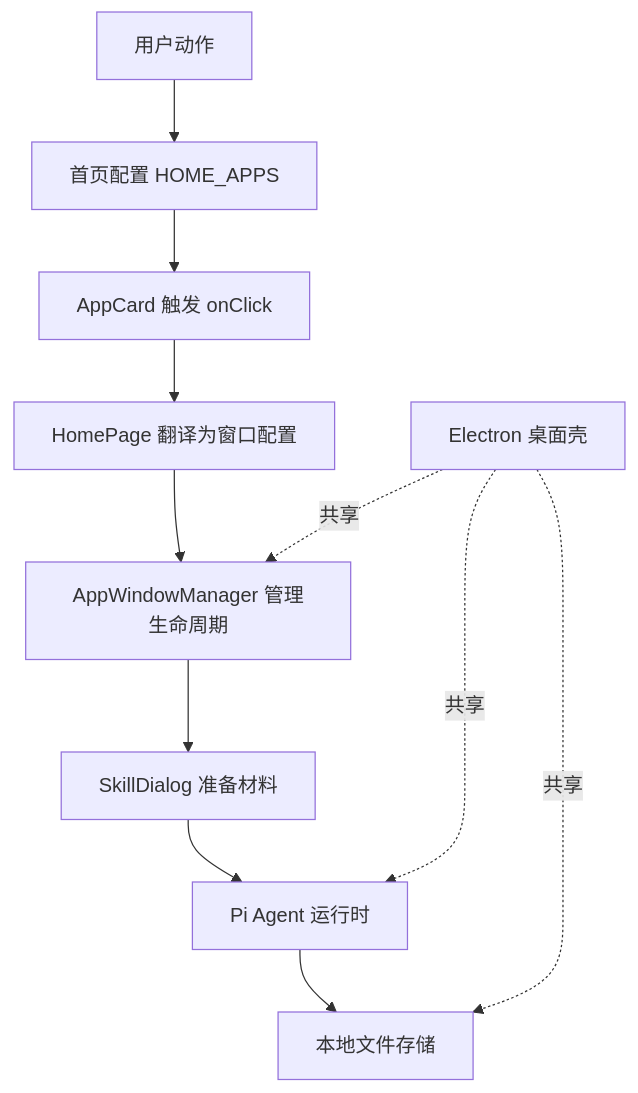
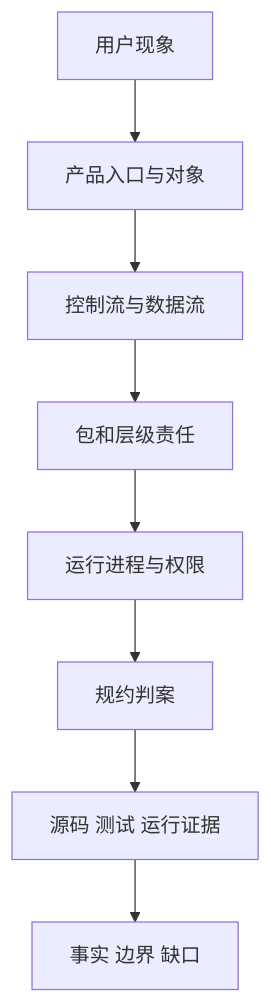
One commit to LavaCourage07/startupOS changed the second of 2 diagrams in learning-note/full-project-course-v2/textbook/part-a-system-foundation/A06-source-reading-and-verification-loop.md. Above: the diagram before and after it, drawn with Mermaid. The commit also changed other lines of this file and 560 other files, not shown here.

````diff
--- a/learning-note/full-project-course-v2/textbook/part-a-system-foundation/A06-source-reading-and-verification-loop.md
+++ b/learning-note/full-project-course-v2/textbook/part-a-system-foundation/A06-source-reading-and-verification-loop.md
@@ -57,13 +141,10 @@
 ```mermaid
 flowchart TB
-    User[用户动作] --> Home[首页配置 HOME_APPS]
-    Home --> Card[AppCard 触发 onClick]
-    Card --> Page[HomePage 翻译为窗口配置]
-    Page --> WM[AppWindowManager 管理生命周期]
-    WM --> Dialog[SkillDialog 准备材料]
-    Dialog --> Agent[Pi Agent 运行时]
-    Agent --> Storage[本地文件存储]
-    Desktop[Electron 桌面壳] -.共享.-> WM
-    Desktop -.共享.-> Agent
-    Desktop -.共享.-> Storage
+    Phenomenon[用户现象] --> Product[产品入口与对象]
+    Product --> Control[控制流与数据流]
+    Control --> Package[包和层级责任]
+    Package --> Process[运行进程与权限]
+    Process --> Rule[规约判案]
+    Rule --> Evidence[源码 测试 运行证据]
+    Evidence --> Boundary[事实 边界 缺口]
 ```
````
